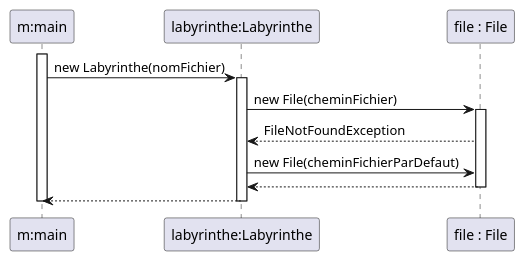
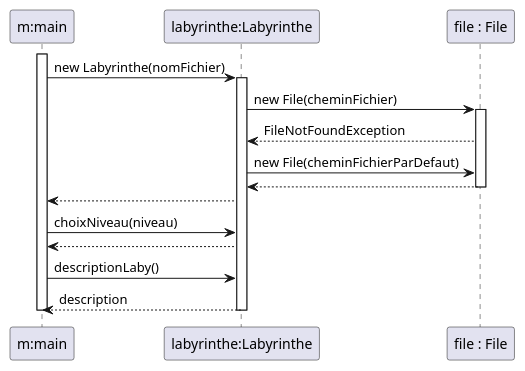
Before and after one commit to Baloo54/Zeldiablo_Comte_Fuchs_Andre_Mathieu: the second of 2 diagrams in documents/itération1/itération1.puml, drawn with PlantUML. The commit also changed other lines of this file and 1 other file, not shown here.

Commit message:
feat: Ajouter la gestion des niveaux et des étages dans le labyrinthe

```diff
--- a/documents/itération1/itération1.puml
+++ b/documents/itération1/itération1.puml
@@ -43,20 +45,24 @@
 @startuml  sequenceLaby
 
 participant "m:main" as main
 participant "labyrinthe:Labyrinthe" as labyrinthe
 participant "file : File" as File
 
 activate main
 main -> labyrinthe : new Labyrinthe(nomFichier)
 activate labyrinthe
 labyrinthe -> File : new File(cheminFichier)
 activate File
 
 File --> labyrinthe : FileNotFoundException
 labyrinthe -> File : new File(cheminFichierParDefaut)
 File --> labyrinthe
 deactivate File
 labyrinthe --> main
+main -> labyrinthe : choixNiveau(niveau)
+labyrinthe --> main
+main -> labyrinthe : descriptionLaby()
+labyrinthe --> main : description
 deactivate labyrinthe
 deactivate main
 @enduml
```
